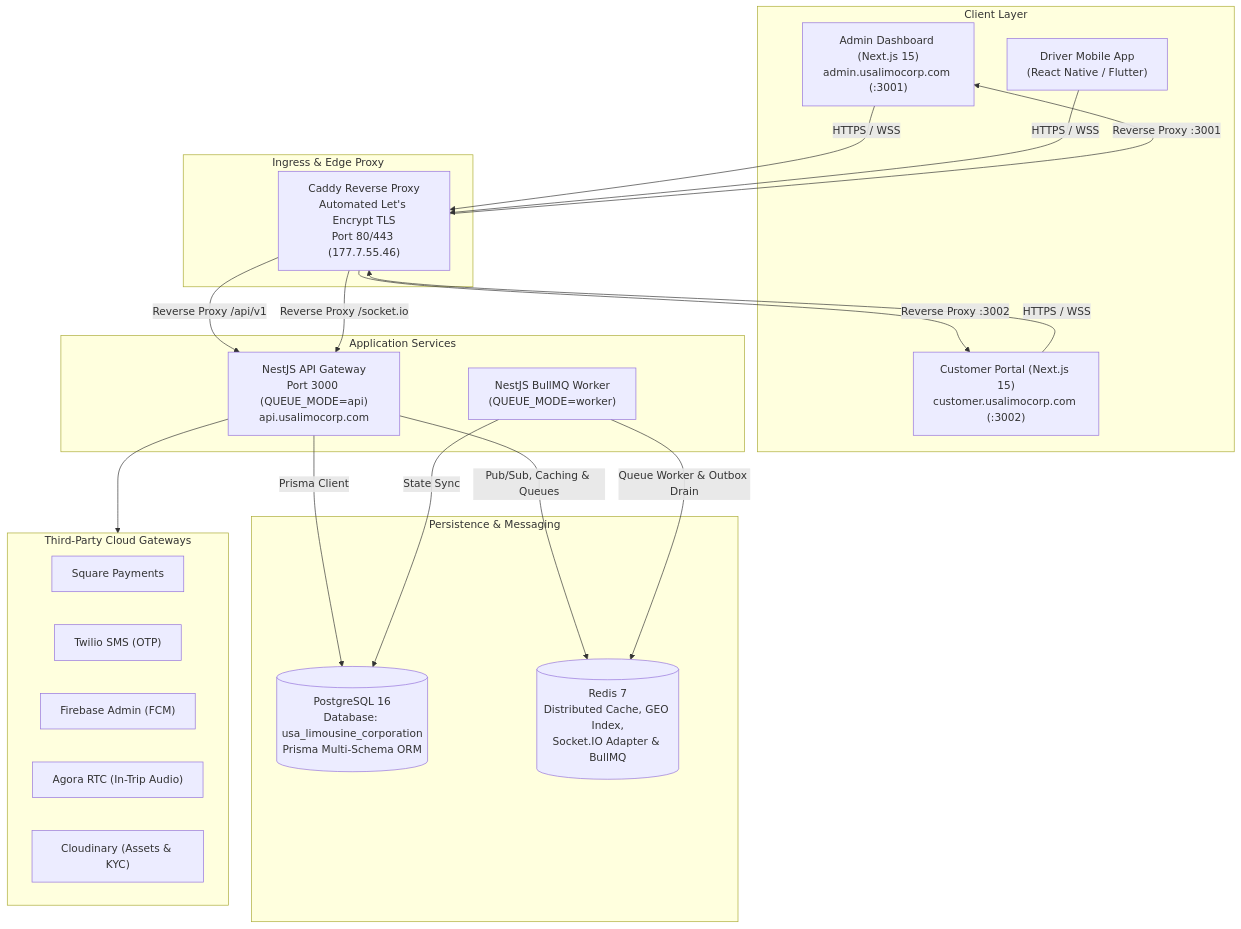
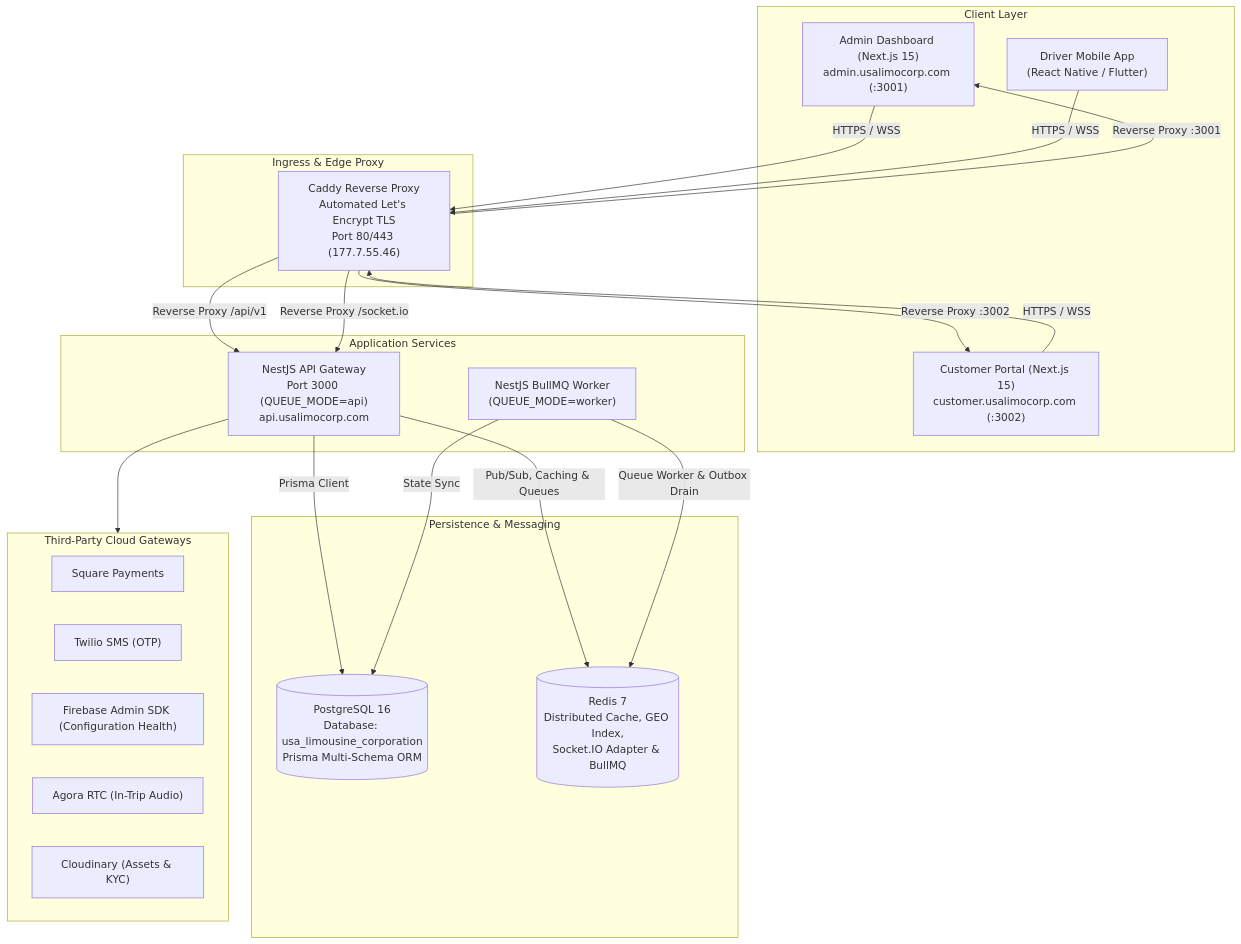
The diagram in README.md (bariq49/usa-limousine-corporation), drawn with Mermaid before and after one commit. The commit also changed other lines of this file and 146 other files, not shown here.

````diff
--- a/README.md
+++ b/README.md
@@ -51,46 +51,46 @@
 ```mermaid
 graph TD
     subgraph Clients["Client Layer"]
         AdminWeb["Admin Dashboard (Next.js 15)<br/>admin.usalimocorp.com (:3001)"]
         CustomerWeb["Customer Portal (Next.js 15)<br/>customer.usalimocorp.com (:3002)"]
         MobileDriver["Driver Mobile App<br/>(React Native / Flutter)"]
     end
 
     subgraph Ingress["Ingress & Edge Proxy"]
         Caddy["Caddy Reverse Proxy<br/>Automated Let's Encrypt TLS<br/>Port 80/443 (177.7.55.46)"]
     end
 
     subgraph CoreBackend["Application Services"]
         NestAPI["NestJS API Gateway<br/>Port 3000 (QUEUE_MODE=api)<br/>api.usalimocorp.com"]
         NestWorker["NestJS BullMQ Worker<br/>(QUEUE_MODE=worker)"]
     end
 
     subgraph DataStore["Persistence & Messaging"]
         Postgres[("PostgreSQL 16<br/>Database: usa_limousine_corporation<br/>Prisma Multi-Schema ORM")]
         Redis[("Redis 7<br/>Distributed Cache, GEO Index,<br/>Socket.IO Adapter & BullMQ")]
     end
 
     subgraph Gateways["Third-Party Cloud Gateways"]
         Square["Square Payments"]
         Twilio["Twilio SMS (OTP)"]
-        Firebase["Firebase Admin (FCM)"]
+        Firebase["Firebase Admin SDK (Configuration Health)"]
         Agora["Agora RTC (In-Trip Audio)"]
         Cloudinary["Cloudinary (Assets & KYC)"]
     end
 
     AdminWeb -->|HTTPS / WSS| Caddy
     CustomerWeb -->|HTTPS / WSS| Caddy
     MobileDriver -->|HTTPS / WSS| Caddy
 
     Caddy -->|Reverse Proxy /api/v1| NestAPI
     Caddy -->|Reverse Proxy /socket.io| NestAPI
     Caddy -->|Reverse Proxy :3001| AdminWeb
     Caddy -->|Reverse Proxy :3002| CustomerWeb
 
     NestAPI -->|Prisma Client| Postgres
     NestAPI -->|Pub/Sub, Caching & Queues| Redis
     NestWorker -->|Queue Worker & Outbox Drain| Redis
     NestWorker -->|State Sync| Postgres
 
     NestAPI --> Gateways
 ```
````
